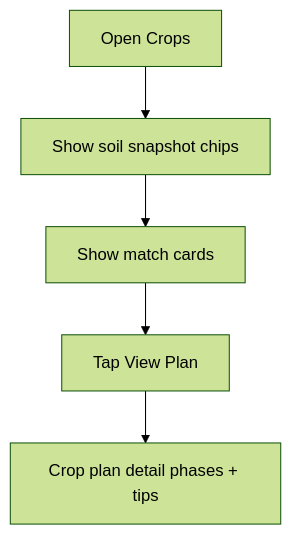
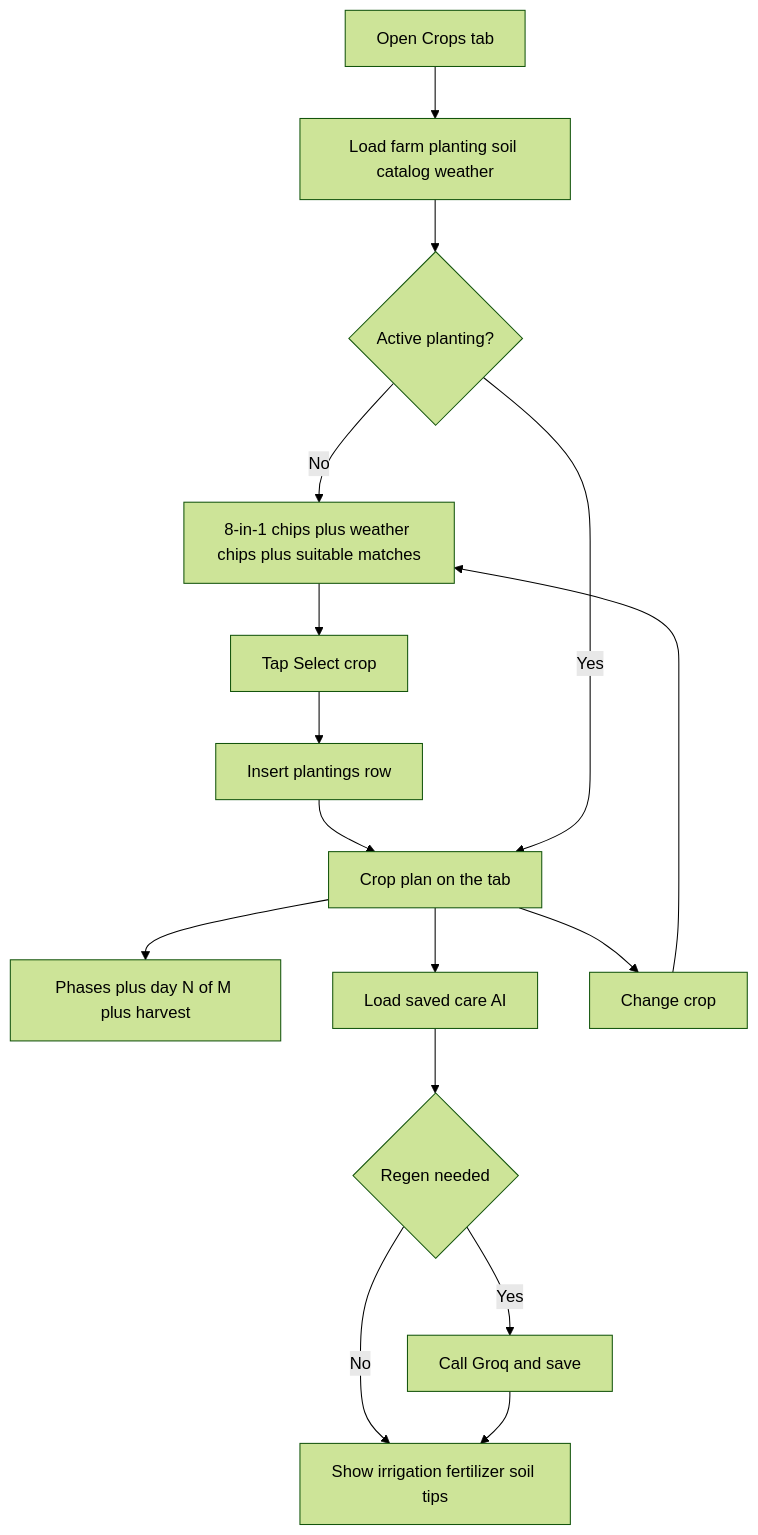
Before and after one commit to markjoelalcaraz/SoilGood: the diagram in docs/pages/crops.md, drawn with Mermaid (forest theme). The commit also changed other lines of this file and 104 other files, not shown here.

First line of the commit message:
Add analytics, crop plans, notifications, saved AI insights, and ESP32 ingest.

````diff
--- a/docs/pages/crops.md
+++ b/docs/pages/crops.md
@@ -16,7 +71,18 @@
 ```mermaid
 flowchart TD
-  A[Open Crops] --> B[Show soil snapshot chips]
-  B --> C[Show match cards]
-  C --> D[Tap View Plan]
-  D --> E[Crop plan detail phases + tips]
+  A[Open Crops tab] --> B[Load farm planting soil catalog weather]
+  B --> C{Active planting?}
+  C -->|No| D[8-in-1 chips plus weather chips plus suitable matches]
+  D --> E[Tap Select crop]
+  E --> F[Insert plantings row]
+  F --> G[Crop plan on the tab]
+  C -->|Yes| G
+  G --> H[Phases plus day N of M plus harvest]
+  G --> I[Load saved care AI]
+  I --> J{Regen needed}
+  J -->|No| K[Show irrigation fertilizer soil tips]
+  J -->|Yes| L[Call Groq and save]
+  L --> K
+  G --> M[Change crop]
+  M --> D
 ```
````
